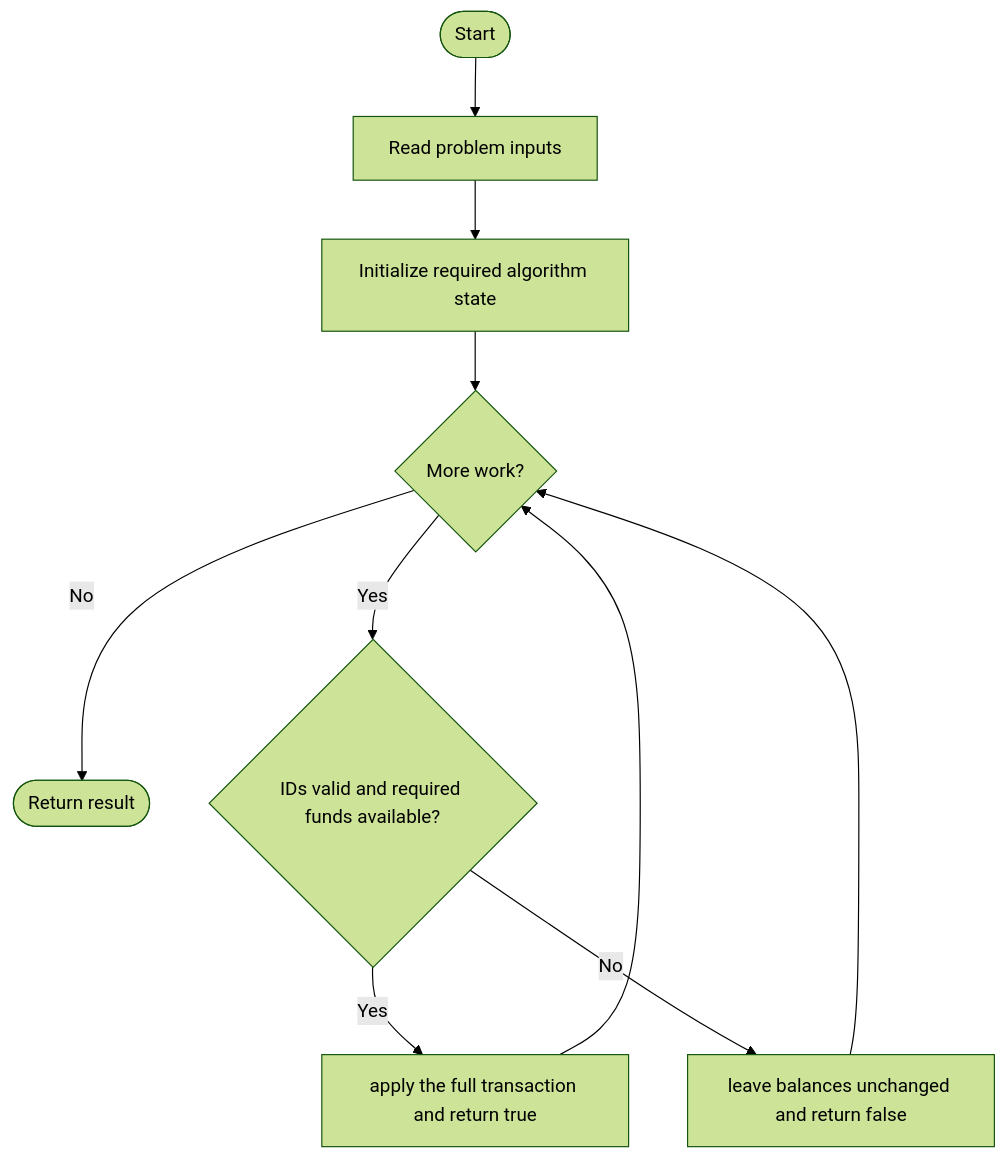
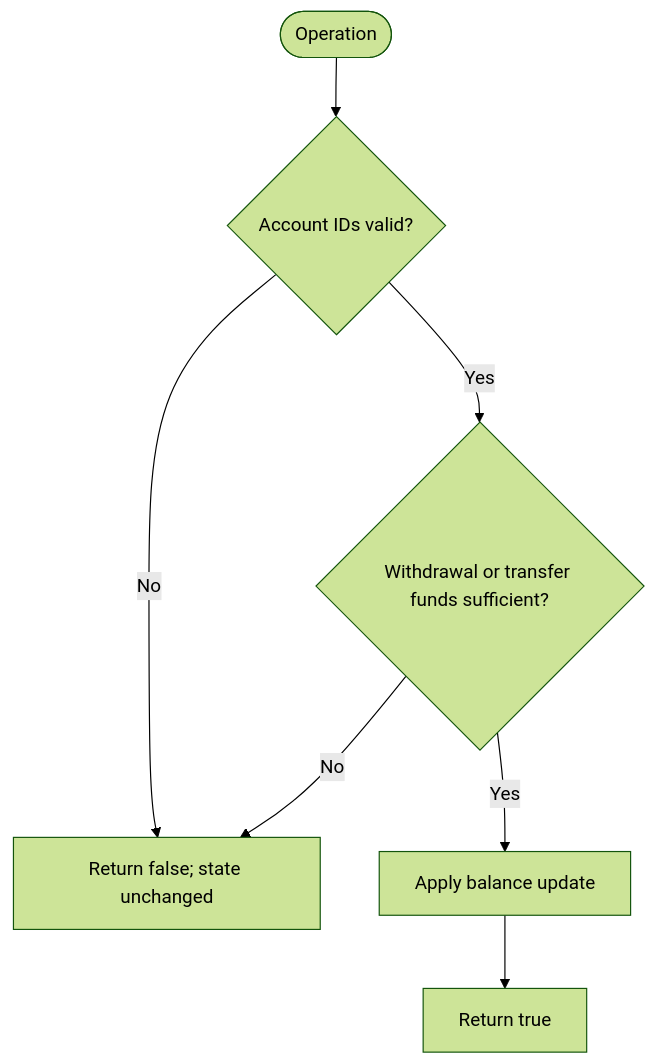
One commit to SAIDEEPBHANGE/C-CPP-Codes changed the diagram in LeetCode/2043/README.md. Above: the diagram before and after it, drawn with Mermaid (forest theme). The commit also changed other lines of this file and 196 other files, not shown here.

````diff
--- a/LeetCode/2043/README.md
+++ b/LeetCode/2043/README.md
@@ -15,12 +33,9 @@
 ```mermaid
 flowchart TD
-    A([Start]) --> B[Read problem inputs]
-    B --> C[Initialize required algorithm state]
-    C --> D{More work?}
-    D -- No --> Z([Return result])
-    D -- Yes --> E{IDs valid and required funds available?}
-    E -- Yes --> F[apply the full transaction and return true]
-    E -- No --> G[leave balances unchanged and return false]
-    F --> D
-    G --> D
+    A([Operation]) --> B{Account IDs valid?}
+    B -- No --> F[Return false; state unchanged]
+    B -- Yes --> C{Withdrawal or transfer funds sufficient?}
+    C -- No --> F
+    C -- Yes --> D[Apply balance update]
+    D --> E[Return true]
 ```
````
